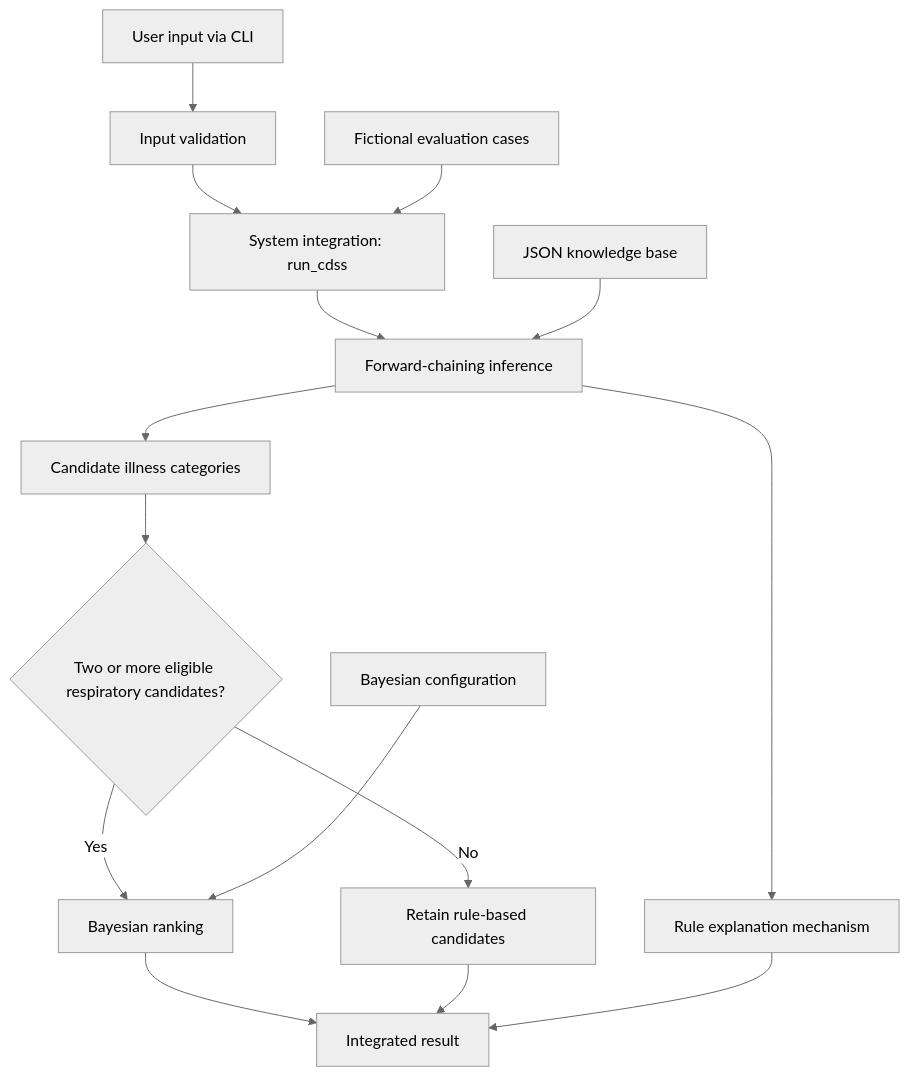
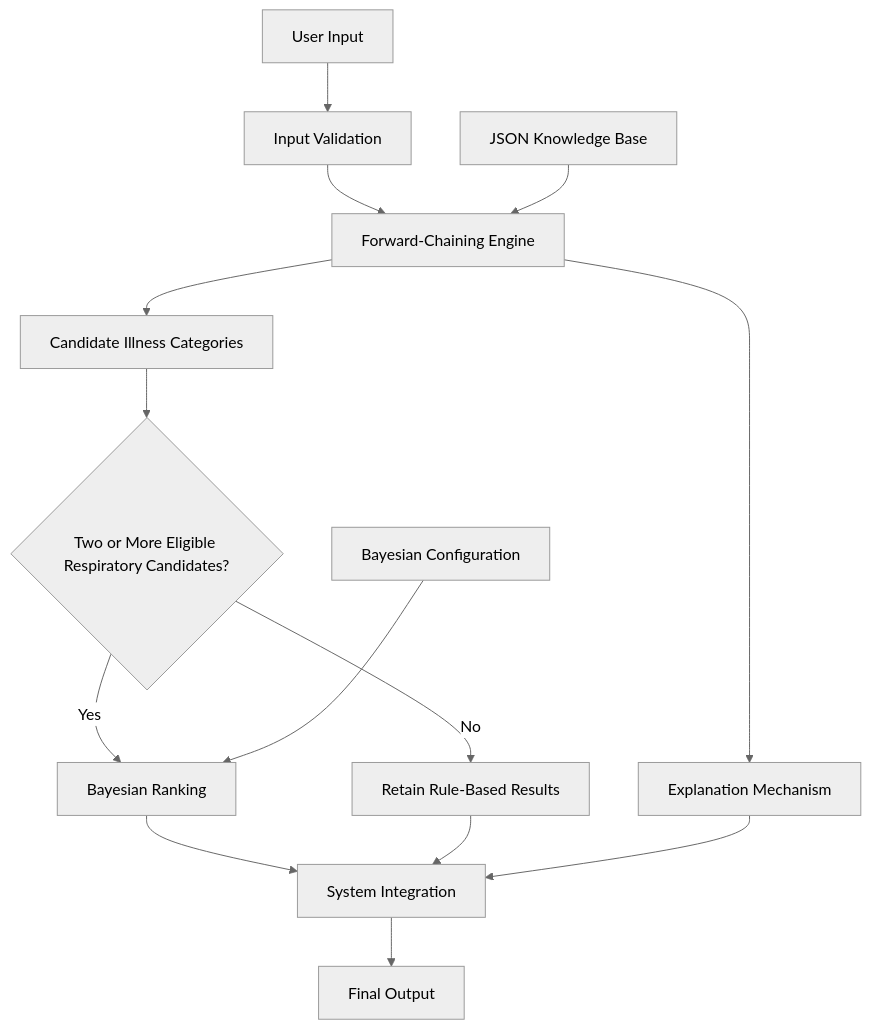
Before and after one commit to Developere19/clinical-decision-support-system: the diagram in README.md, drawn with Mermaid (neutral theme).

Commit message:
Revise system architecture flowchart
Updated system architecture flowchart for clarity and consistency.

````diff
--- a/README.md
+++ b/README.md
@@ -100,17 +100,16 @@
 ```mermaid
 flowchart TD
-    A[User input via CLI] --> B[Input validation]
-    B --> C[System integration: run_cdss]
-    V[Fictional evaluation cases] --> C
-    C --> D[Forward-chaining inference]
-    K[JSON knowledge base] --> D
-    D --> E[Candidate illness categories]
-    E --> F{Two or more eligible respiratory candidates?}
-    F -->|Yes| G[Bayesian ranking]
-    P[Bayesian configuration] --> G
-    F -->|No| H[Retain rule-based candidates]
-    D --> I[Rule explanation mechanism]
-    G --> J[Integrated result]
-    H --> J
-    I --> J
+    A[User Input] --> B[Input Validation]
+    B --> C[Forward-Chaining Engine]
+    K[JSON Knowledge Base] --> C
+    C --> D[Candidate Illness Categories]
+    D --> E{Two or More Eligible Respiratory Candidates?}
+    E -->|Yes| F[Bayesian Ranking]
+    P[Bayesian Configuration] --> F
+    E -->|No| G[Retain Rule-Based Results]
+    F --> H[System Integration]
+    G --> H
+    C --> I[Explanation Mechanism]
+    I --> H
+    H --> J[Final Output]
 ```
````
